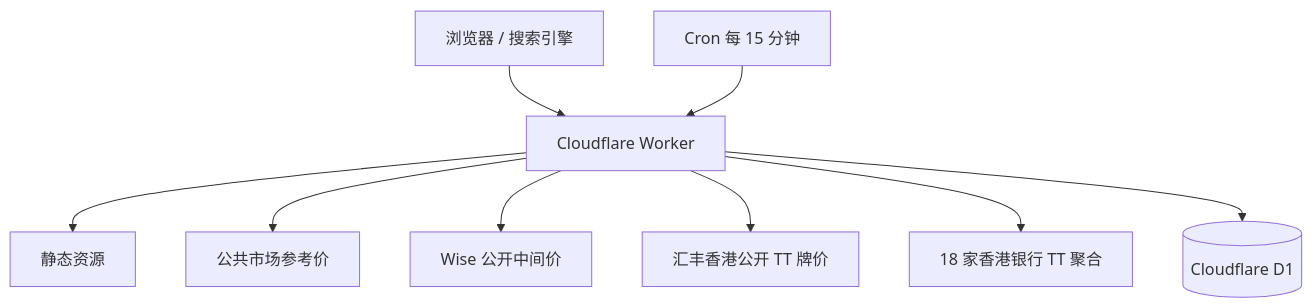
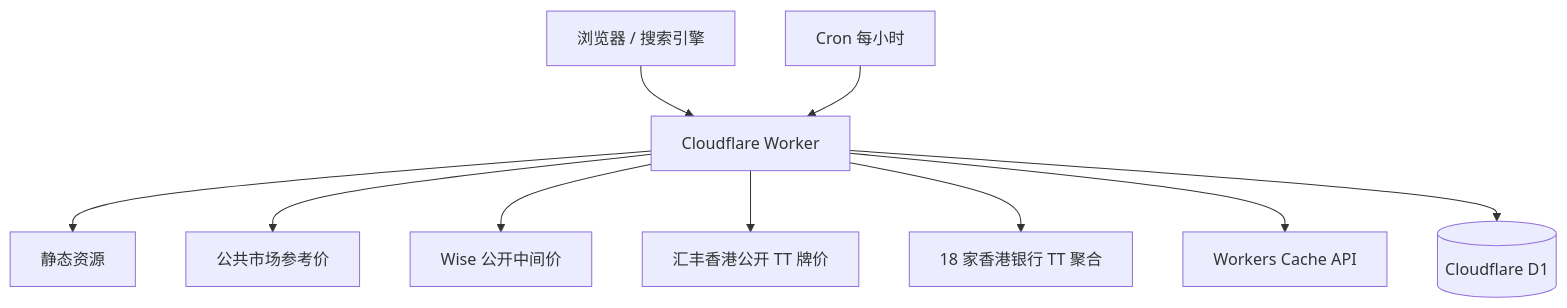
The diagram in docs/ARCHITECTURE.md (wxywizard/FXPulse), drawn with Mermaid before and after one commit. The commit also changed other lines of this file and 13 other files, not shown here.

````diff
--- a/docs/ARCHITECTURE.md
+++ b/docs/ARCHITECTURE.md
@@ -7,11 +7,12 @@
 ```mermaid
 flowchart TD
     U[浏览器 / 搜索引擎] --> W[Cloudflare Worker]
     W --> A[静态资源]
     W --> M[公共市场参考价]
     W --> X[Wise 公开中间价]
     W --> H[汇丰香港公开 TT 牌价]
     W --> B[18 家香港银行 TT 聚合]
+    W --> C[Workers Cache API]
     W --> D[(Cloudflare D1)]
-    T[Cron 每 15 分钟] --> W
+    T[Cron 每小时] --> W
 ```
````
